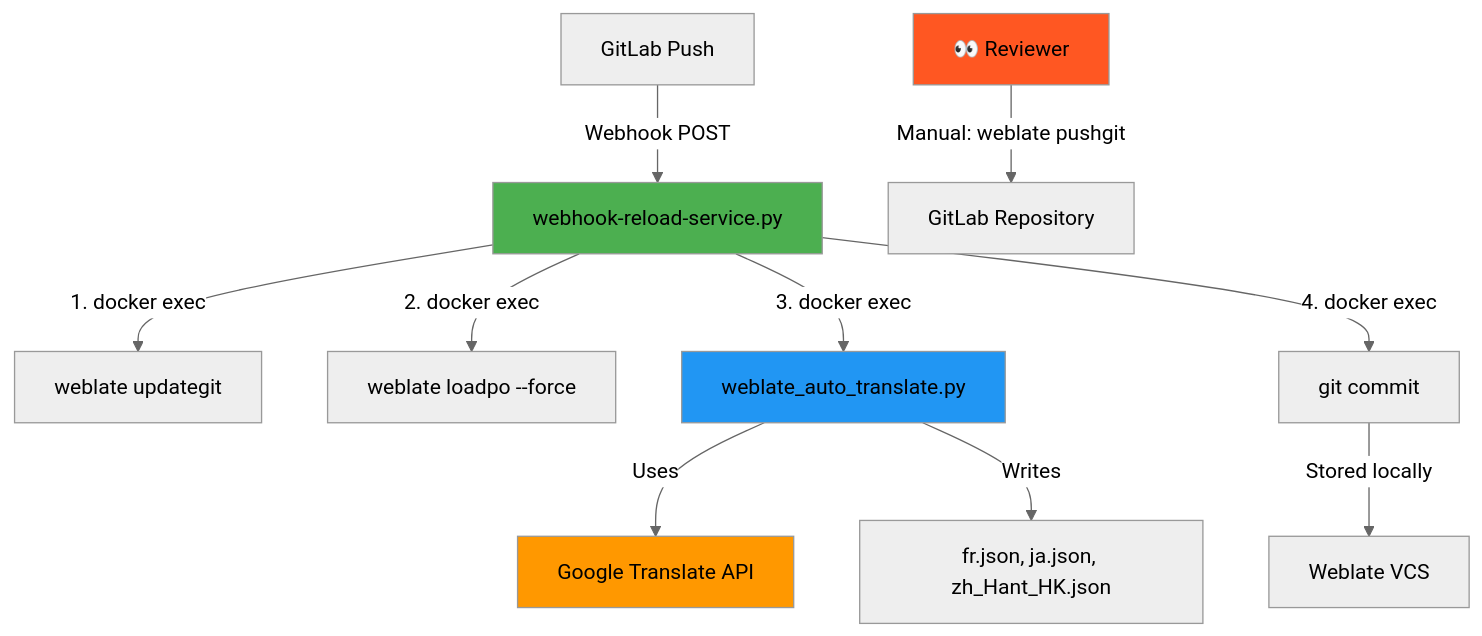
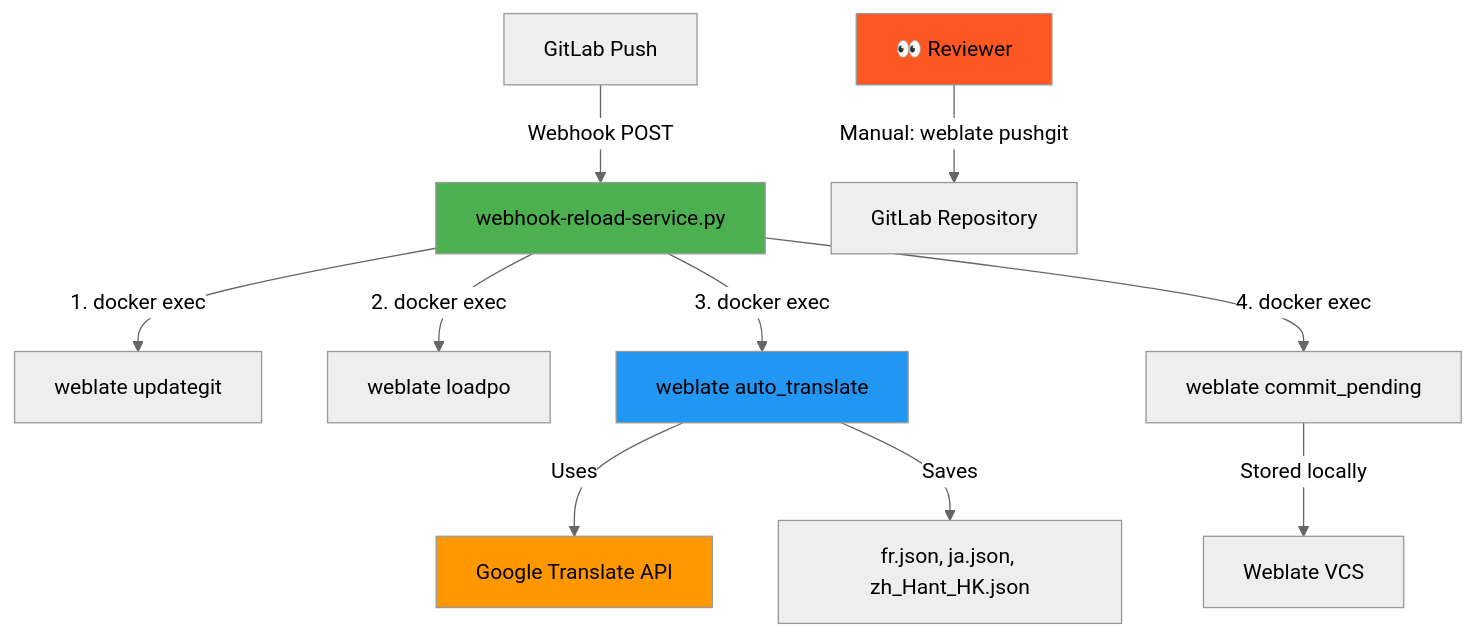
One commit to jadecubes/free-translation-platform-buildup changed the fourth of 4 diagrams in README.md. Above: the diagram before and after it, drawn with Mermaid (neutral theme). The commit also changed other lines of this file and 10 other files, not shown here.

````diff
--- a/README.md
+++ b/README.md
@@ -790,17 +834,17 @@
 ```mermaid
 graph TD
     A[GitLab Push] -->|Webhook POST| B[webhook-reload-service.py]
     B -->|1. docker exec| C[weblate updategit]
-    B -->|2. docker exec| D[weblate loadpo --force]
-    B -->|3. docker exec| E[weblate_auto_translate.py]
+    B -->|2. docker exec| D[weblate loadpo]
+    B -->|3. docker exec| E[weblate auto_translate]
     E -->|Uses| F[Google Translate API]
-    E -->|Writes| G[fr.json, ja.json, zh_Hant_HK.json]
-    B -->|4. docker exec| H[git commit]
+    E -->|Saves| G[fr.json, ja.json, zh_Hant_HK.json]
+    B -->|4. docker exec| H[weblate commit_pending]
     H -->|Stored locally| K[Weblate VCS]
     L[👀 Reviewer] -->|Manual: weblate pushgit| J[GitLab Repository]
 
     style B fill:#4CAF50
     style E fill:#2196F3
     style F fill:#FF9800
     style L fill:#FF5722
 ```
````
